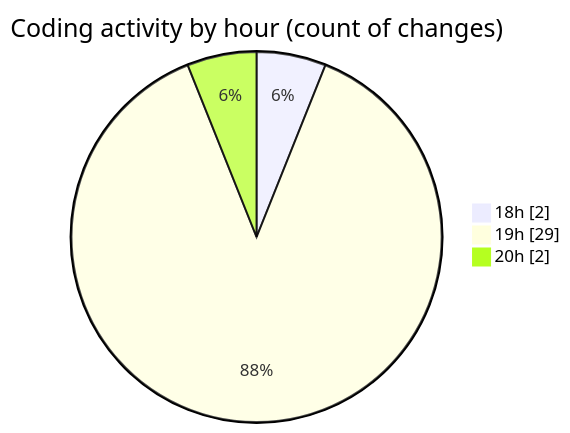
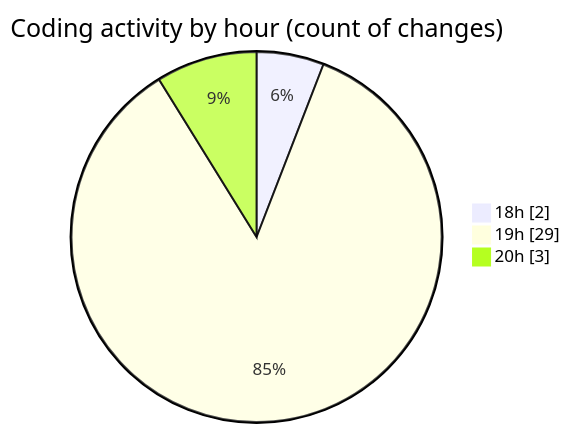
Before and after one commit to CELIANVF/code-tracking: the second of 2 diagrams in 2025-05-22/ecodeli-1/README.md, drawn with Mermaid. The commit also changed other lines of this file and 1 other file, not shown here.

````diff
--- a/2025-05-22/ecodeli-1/README.md
+++ b/2025-05-22/ecodeli-1/README.md
@@ -40,7 +40,7 @@
 ```mermaid
 pie showData
 title Coding activity by hour (count of changes)
 "18h" : 2
 "19h" : 29
-"20h" : 2
+"20h" : 3
 ```
````
